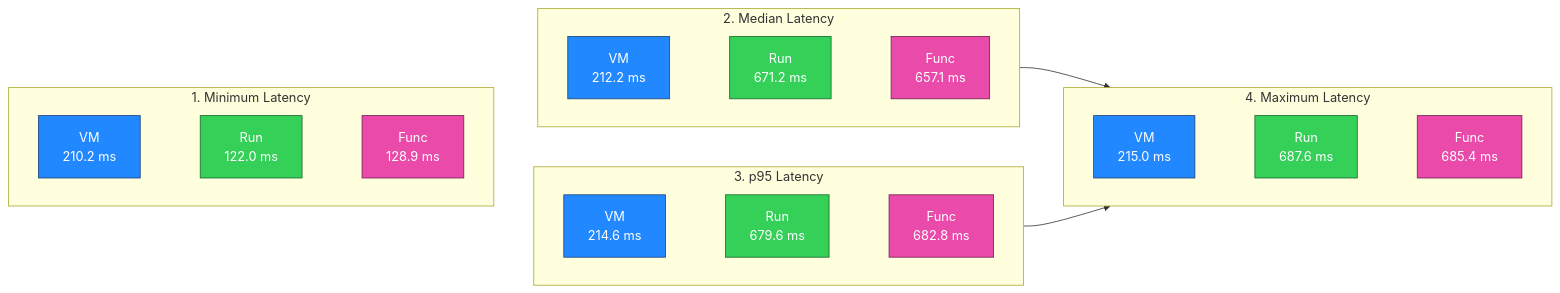
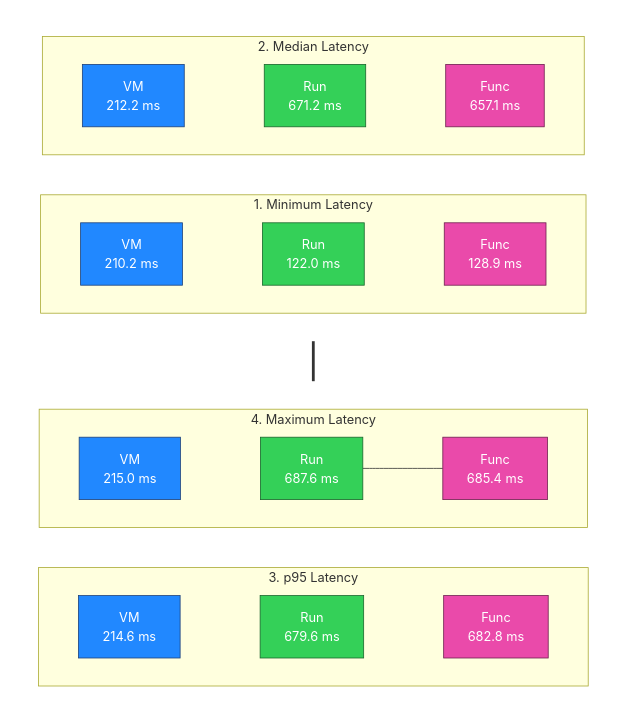
One commit to mshchukin/EURECOM-Clouds-Lab-2026 changed the first of 2 diagrams in submission/phase1_report.md. Above: the diagram before and after it, drawn with Mermaid.

Commit message:
Refactor mermaid diagrams for latency analysis

````diff
--- a/submission/phase1_report.md
+++ b/submission/phase1_report.md
@@ -30,37 +30,43 @@
 ```mermaid
-flowchart LR
+flowchart TD
     %% Theme Styling Definitions
     classDef vm fill:#2188ff,stroke:#1f427a,stroke-width:1px,color:#fff;
     classDef run fill:#34d058,stroke:#1a662c,stroke-width:1px,color:#fff;
     classDef func fill:#ea4aaa,stroke:#6e204f,stroke-width:1px,color:#fff;
 
-    subgraph MinGroup ["1. Minimum Latency"]
+    %% Row 1 Subgraph Container
+    subgraph Row1 [" "]
         direction LR
-        v1["VM<br>210.2 ms"]:::vm --- r1["Run<br>122.0 ms"]:::run --- f1["Func<br>128.9 ms"]:::func
+        subgraph MinGroup ["1. Minimum Latency"]
+            direction LR
+            v1["VM<br>210.2 ms"]:::vm --- r1["Run<br>122.0 ms"]:::run --- f1["Func<br>128.9 ms"]:::func
+        end
+
+        subgraph MedGroup ["2. Median Latency"]
+            direction LR
+            v2["VM<br>212.2 ms"]:::vm --- r2["Run<br>671.2 ms"]:::run --- f2["Func<br>657.1 ms"]:::func
+        end
     end
 
-    subgraph MedGroup ["2. Median Latency"]
+    %% Row 2 Subgraph Container
+    subgraph Row2 ["  "]
         direction LR
-        v2["VM<br>212.2 ms"]:::vm --- r2["Run<br>671.2 ms"]:::run --- f2["Func<br>657.1 ms"]:::func
+        subgraph p95Group ["3. p95 Latency"]
+            direction LR
+            v3["VM<br>214.6 ms"]:::vm --- r3["Run<br>679.6 ms"]:::run --- f3["Func<br>682.8 ms"]:::func
+        end
+
+        subgraph MaxGroup ["4. Maximum Latency"]
+            direction LR
+            v4["VM<br>215.0 ms"]:::vm --- r4["Run<br>687.6 ms"]:::run --- f4["Func<br>685.4 ms"]:::func
+        end
     end
 
-    subgraph p95Group ["3. p95 Latency"]
-        direction LR
-        v3["VM<br>214.6 ms"]:::vm --- r3["Run<br>679.6 ms"]:::run --- f3["Func<br>682.8 ms"]:::func
-    end
+    %% Force Row 1 to sit directly on top of Row 2
+    Row1 === Row2
 
-    subgraph MaxGroup ["4. Maximum Latency"]
-        direction LR
-        v4["VM<br>215.0 ms"]:::vm --- r4["Run<br>687.6 ms"]:::run --- f4["Func<br>685.4 ms"]:::func
-    end
-
-    %% Enforce 2x2 Layout Ordering
-    MinGroup --> MedGroup
-    MinGroup --> p95Group
-    MedGroup --> MaxGroup
-    p95Group --> MaxGroup
-
-    %% Hide Layout Connections Link lines
-    linkStyle 0,1,2,3,4,5 stroke:transparent,stroke-width:0px;
-    linkStyle 6,7,8,9 stroke:transparent,stroke-width:0px;
+    %% Hide All Layout Borders and Lines
+    style Row1 fill:transparent,stroke:transparent;
+    style Row2 fill:transparent,stroke:transparent;
+    linkStyle 0,1,2,3,4,5,6 stroke:transparent,stroke-width:0px;
 ```
````
